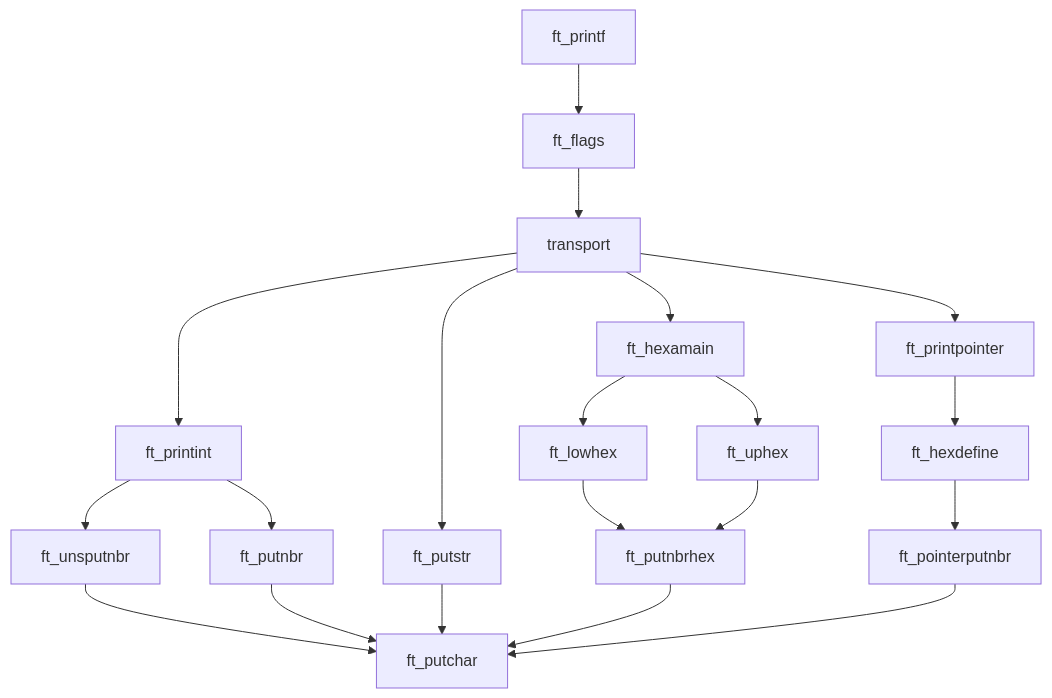
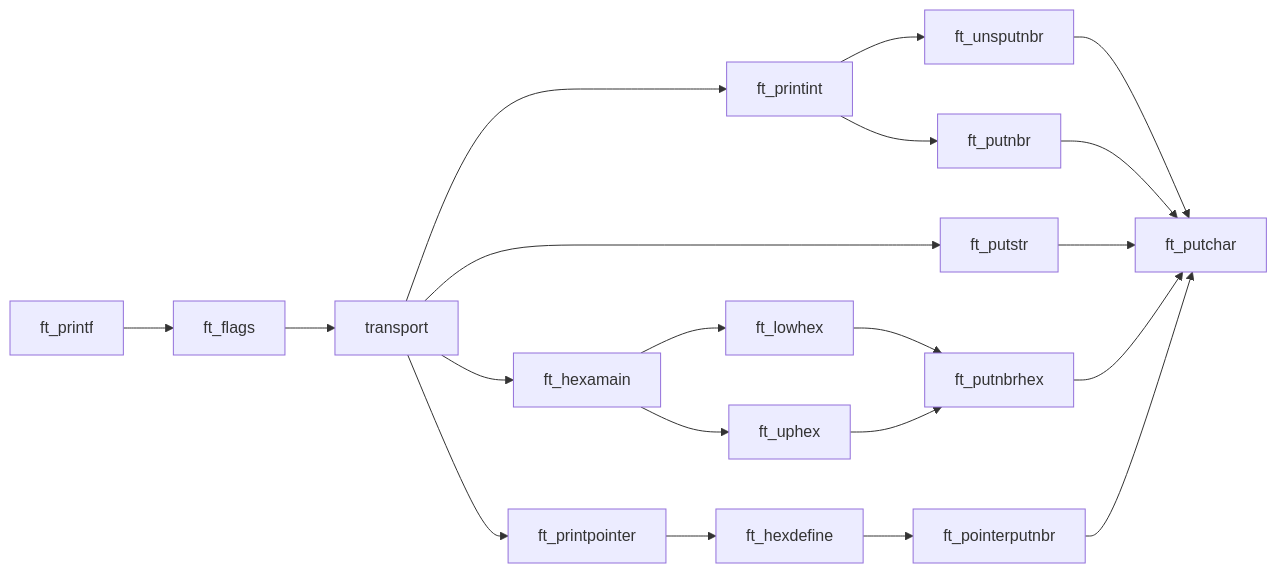
The diagram in README.md (mota494/42_ftprintf), drawn with Mermaid before and after one commit.

````diff
--- a/README.md
+++ b/README.md
@@ -33,11 +33,11 @@
 ```mermaid
-graph TD
+graph LR
 	ft_printf-->ft_flags-->transport
 	transport-->ft_printint
 		ft_printint-->ft_unsputnbr-->ft_putchar
 		ft_printint-->ft_putnbr-->ft_putchar
 	transport-->ft_putstr-->ft_putchar
 	transport-->ft_hexamain-->ft_lowhex-->ft_putnbrhex
 	ft_hexamain-->ft_uphex-->ft_putnbrhex-->ft_putchar
 	transport-->ft_printpointer-->ft_hexdefine-->ft_pointerputnbr-->ft_putchar
 ```
````
